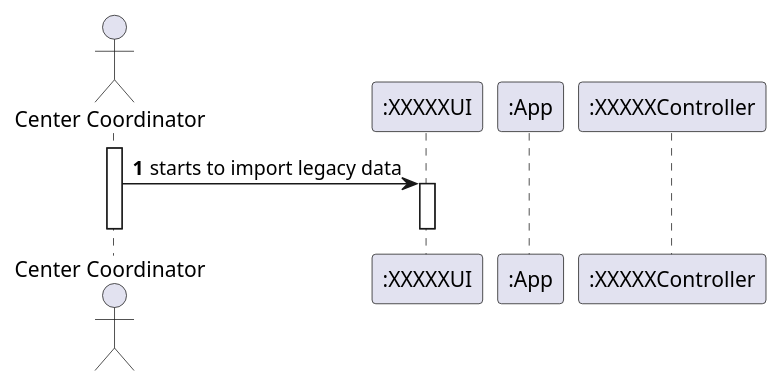
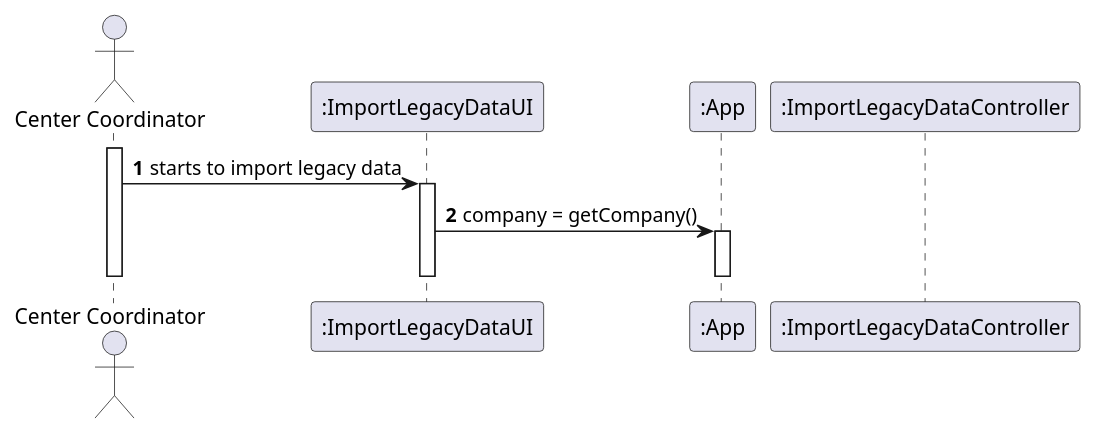
Before and after one commit to miseEnPlace-i/lapr2: the diagram in docs/SprintD/US17/SD/US17_SD.puml, drawn with PlantUML. The commit also changed 1 other file, not shown here.

```diff
--- a/docs/SprintD/US17/SD/US17_SD.puml
+++ b/docs/SprintD/US17/SD/US17_SD.puml
@@ -1,16 +1,20 @@
 @startuml US17_SD
 autonumber
 
 actor "Center Coordinator" as COORDINATOR
 
-participant ":XXXXXUI" as UI
+participant ":ImportLegacyDataUI" as UI
 participant ":App" as APP
-participant ":XXXXXController" as CTRL
+participant ":ImportLegacyDataController" as CTRL
 
 activate COORDINATOR
   COORDINATOR -> UI : starts to import legacy data
   activate UI
+    UI -> APP : company = getCompany()
+    activate APP
+    deactivate APP
+
     
   deactivate UI
 deactivate COORDINATOR
 @enduml
```
